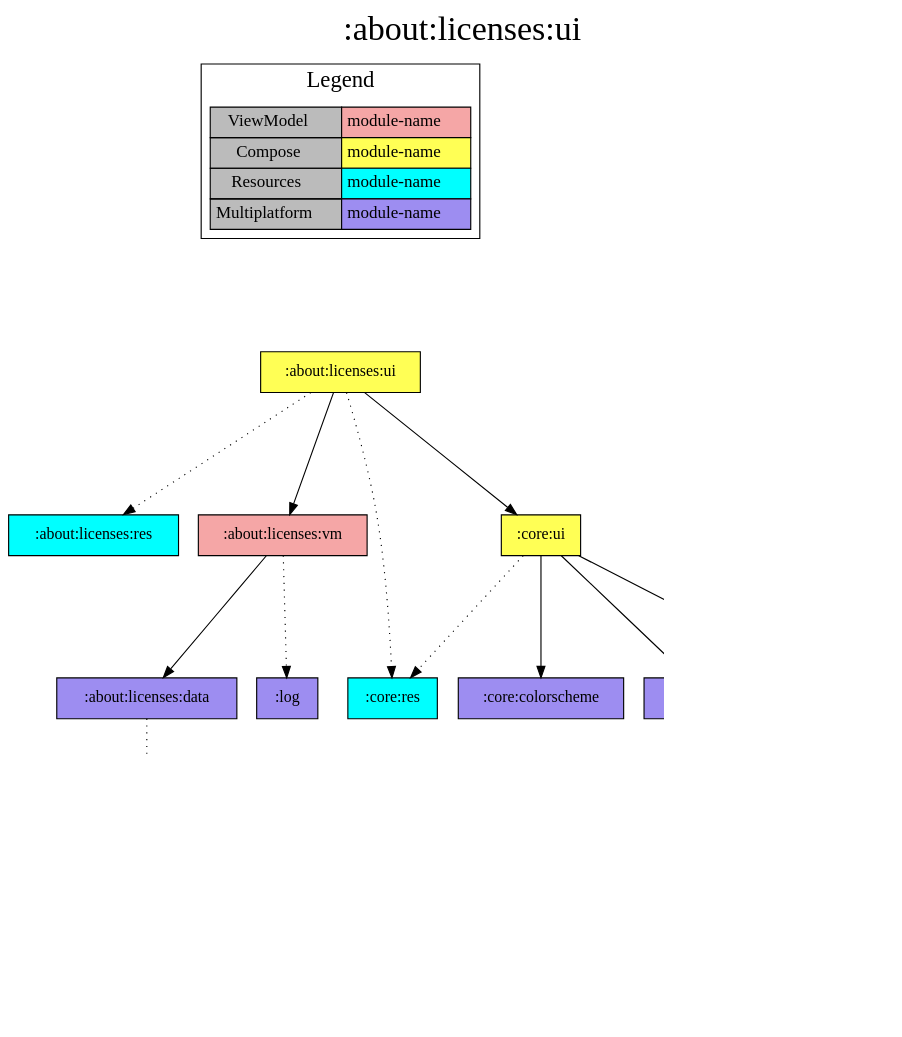
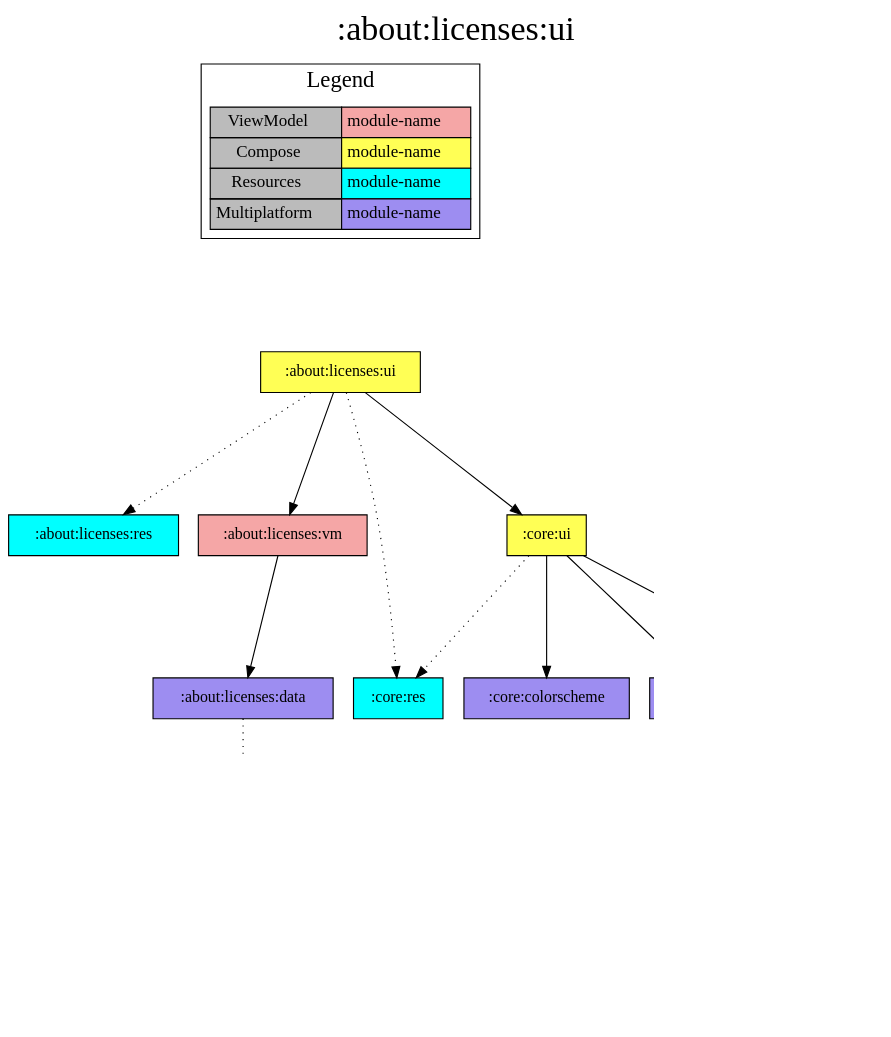
One commit to jonapoul/aktual changed the diagram in modules/about/licenses/ui/project-dependency-graph.dot. Above: the diagram before and after it, drawn with Graphviz. The commit also changed 143 other files, not shown here.

```diff
--- a/modules/about/licenses/ui/project-dependency-graph.dot
+++ b/modules/about/licenses/ui/project-dependency-graph.dot
@@ -1,49 +1,43 @@
 digraph {
 edge ["dir"="forward"]
 graph ["dpi"="100","label"=":about:licenses:ui","labelloc"="t","fontsize"="30","ranksep"="1.5","rankdir"="TB"]
 node ["style"="filled"]
 ":about:licenses:data" ["fillcolor"="#9D8DF1","shape"="box"]
 ":about:licenses:res" ["fillcolor"="#00FFFF","shape"="box"]
 ":about:licenses:ui" ["fillcolor"="#FFFF55","shape"="box"]
 ":about:licenses:vm" ["fillcolor"="#F5A6A6","shape"="box"]
 ":budget:model" ["fillcolor"="#9D8DF1","shape"="box"]
-":core:buildconfig" ["fillcolor"="#9D8DF1","shape"="box"]
 ":core:colorscheme" ["fillcolor"="#9D8DF1","shape"="box"]
 ":core:files" ["fillcolor"="#9D8DF1","shape"="box"]
-":core:model" ["fillcolor"="#9D8DF1","shape"="box"]
 ":core:res" ["fillcolor"="#00FFFF","shape"="box"]
 ":core:ui" ["fillcolor"="#FFFF55","shape"="box"]
 ":core:versions" ["fillcolor"="#9D8DF1","shape"="box"]
-":log" ["fillcolor"="#9D8DF1","shape"="box"]
 ":url:model" ["fillcolor"="#9D8DF1","shape"="box"]
 {
 edge ["dir"="none"]
 graph ["rank"="same"]
 }
 ":about:licenses:data" -> ":core:files" ["style"="dotted"]
 ":about:licenses:ui" -> ":about:licenses:res" ["style"="dotted"]
 ":about:licenses:ui" -> ":about:licenses:vm"
 ":about:licenses:ui" -> ":core:res" ["style"="dotted"]
 ":about:licenses:ui" -> ":core:ui"
 ":about:licenses:vm" -> ":about:licenses:data"
-":about:licenses:vm" -> ":log" ["style"="dotted"]
 ":core:files" -> ":budget:model"
 ":core:ui" -> ":core:colorscheme"
 ":core:ui" -> ":core:res" ["style"="dotted"]
 ":core:ui" -> ":core:versions"
 ":core:ui" -> ":url:model"
-":core:versions" -> ":core:buildconfig"
-":url:model" -> ":core:model" ["style"="dotted"]
 subgraph "cluster_legend" {
 edge ["dir"="none"]
 graph ["label"="Legend","fontsize"="20"]
 "Legend" ["style"="filled","fillcolor"="#bbbbbb","shape"="none","margin"="0","fontsize"="15","label"=<
 <TABLE BORDER="0" CELLBORDER="1" CELLSPACING="0" CELLPADDING="4">
 <TR><TD>ViewModel</TD><TD BGCOLOR="#F5A6A6">module-name</TD></TR>
 <TR><TD>Compose</TD><TD BGCOLOR="#FFFF55">module-name</TD></TR>
 <TR><TD>Resources</TD><TD BGCOLOR="#00FFFF">module-name</TD></TR>
 <TR><TD>Multiplatform</TD><TD BGCOLOR="#9D8DF1">module-name</TD></TR>
 </TABLE>
 >]
 } -> ":about:licenses:ui" ["style"="invis"]
 }
```
